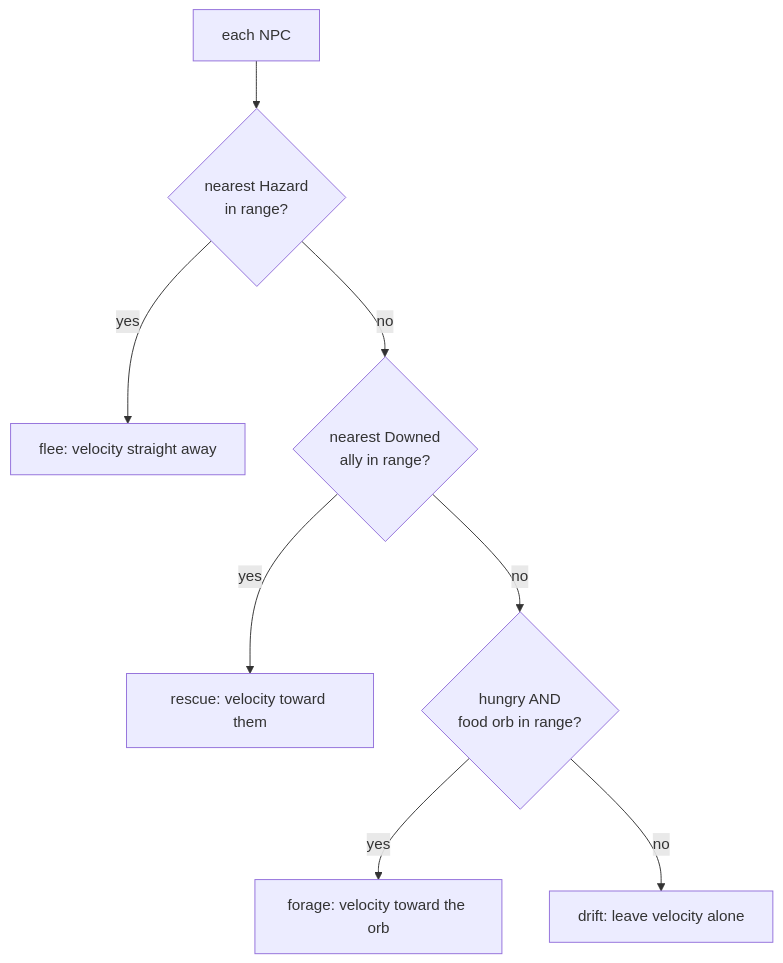
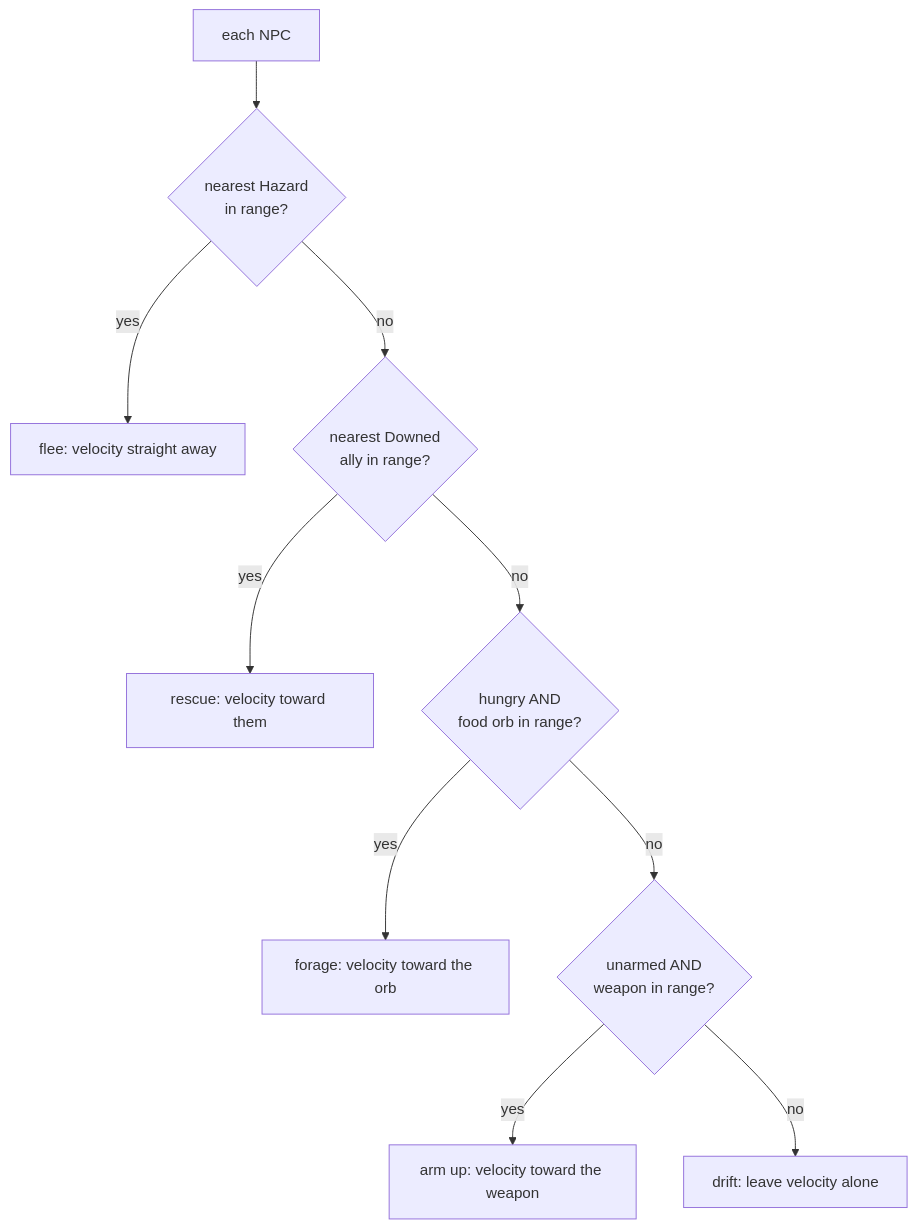
The diagram in docs/engine/npc-behaviour.md (IsItJeff/game-engine), drawn with Mermaid before and after one commit. The commit also changed other lines of this file and 5 other files, not shown here.

````diff
--- a/docs/engine/npc-behaviour.md
+++ b/docs/engine/npc-behaviour.md
@@ -35,10 +40,12 @@
 ```mermaid
 flowchart TD
   npc[each NPC] --> haz{nearest Hazard<br/>in range?}
   haz -->|yes| flee[flee: velocity straight away]
   haz -->|no| dwn{nearest Downed<br/>ally in range?}
   dwn -->|yes| rescue[rescue: velocity toward them]
   dwn -->|no| hun{hungry AND<br/>food orb in range?}
   hun -->|yes| forage[forage: velocity toward the orb]
-  hun -->|no| drift[drift: leave velocity alone]
+  hun -->|no| arm{unarmed AND<br/>weapon in range?}
+  arm -->|yes| seek[arm up: velocity toward the weapon]
+  arm -->|no| drift[drift: leave velocity alone]
 ```
````
